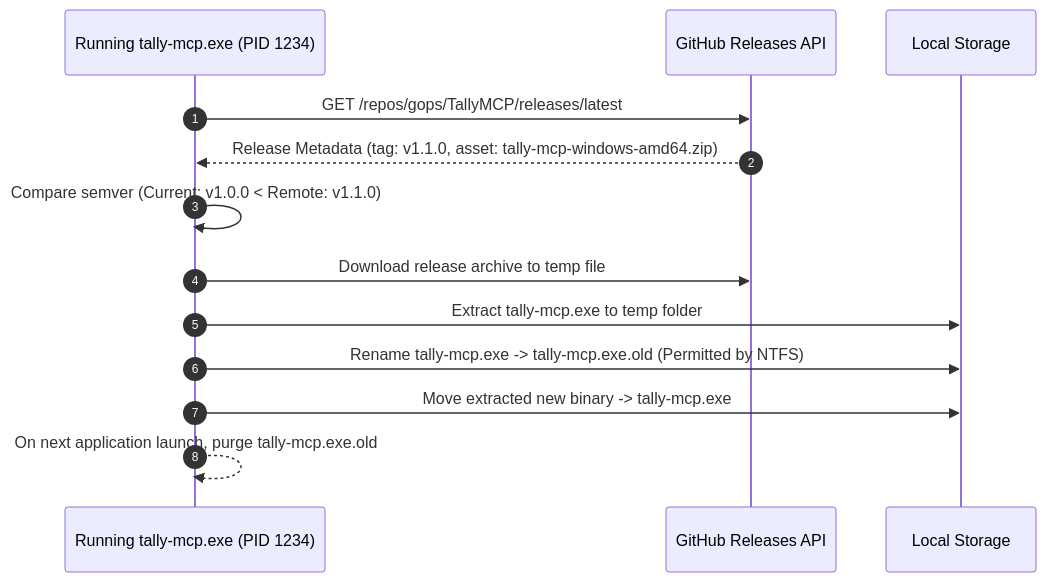
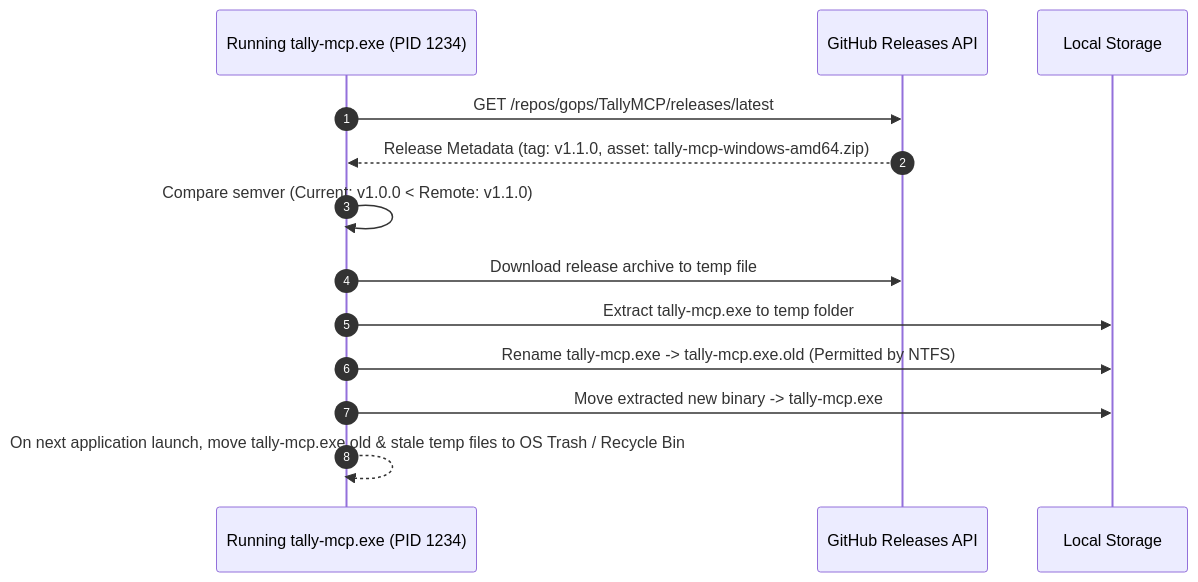
The second of 3 diagrams in ARCHITECTURE.md (gops/TallyMCP), drawn with Mermaid before and after one commit. The commit also changed 16 other files, not shown here.

````diff
--- a/ARCHITECTURE.md
+++ b/ARCHITECTURE.md
@@ -286,16 +286,16 @@
 ```mermaid
 sequenceDiagram
     autonumber
     participant App as Running tally-mcp.exe (PID 1234)
     participant GH as GitHub Releases API
     participant Disk as Local Storage
 
     App->>GH: GET /repos/gops/TallyMCP/releases/latest
     GH-->>App: Release Metadata (tag: v1.1.0, asset: tally-mcp-windows-amd64.zip)
     App->>App: Compare semver (Current: v1.0.0 < Remote: v1.1.0)
     App->>GH: Download release archive to temp file
     App->>Disk: Extract tally-mcp.exe to temp folder
     App->>Disk: Rename tally-mcp.exe -> tally-mcp.exe.old (Permitted by NTFS)
     App->>Disk: Move extracted new binary -> tally-mcp.exe
-    App-->>App: On next application launch, purge tally-mcp.exe.old
+    App-->>App: On next application launch, move tally-mcp.exe.old & stale temp files to OS Trash / Recycle Bin
 ```
````
